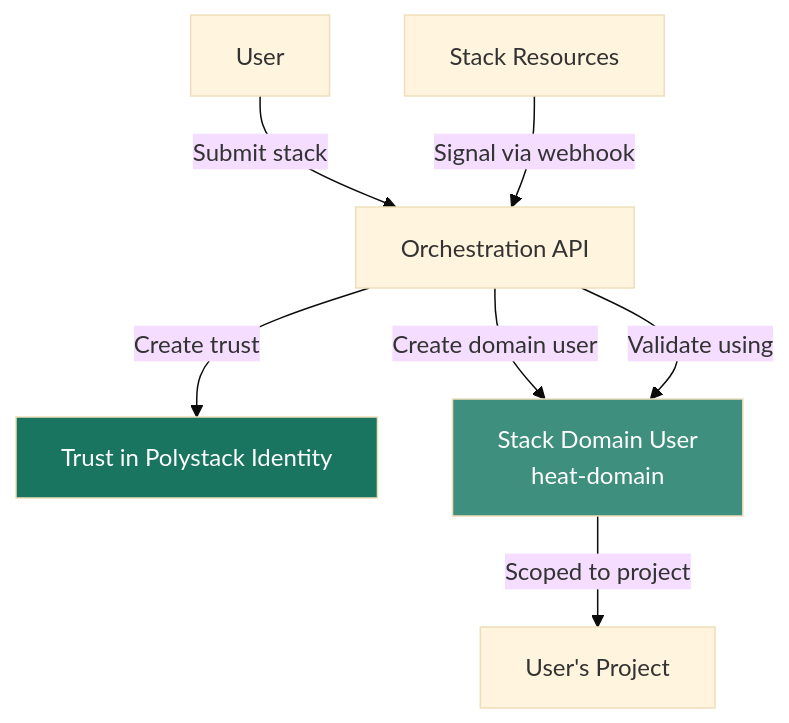
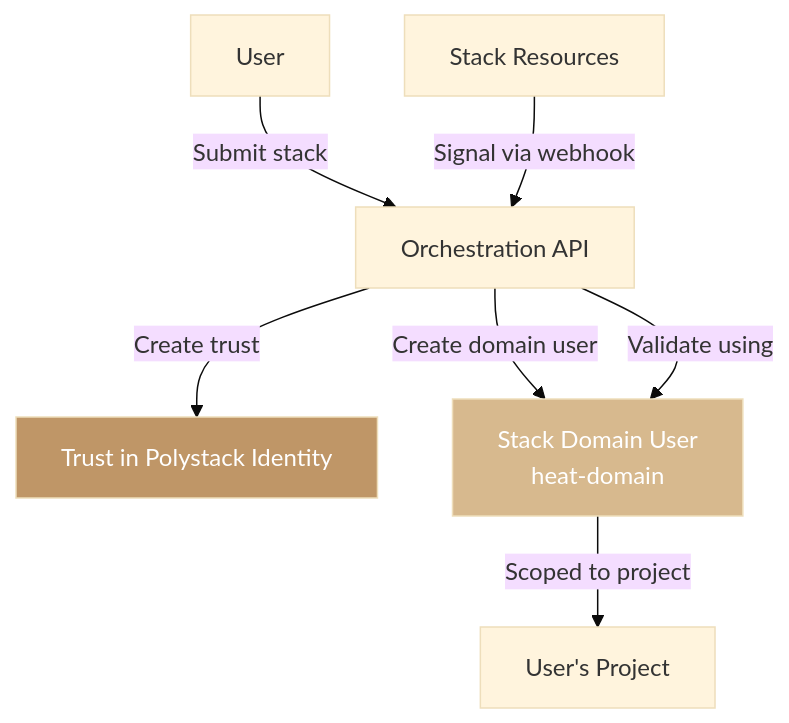
The diagram in services/orchestration/security.mdx (ankur-kumar87/docs-polystack), drawn with Mermaid (base theme) before and after one commit. The commit also changed other lines of this file and 395 other files, not shown here.

````diff
--- a/services/orchestration/security.mdx
+++ b/services/orchestration/security.mdx
@@ -30,11 +30,11 @@
 ```mermaid
 graph TD
     U[User] -->|Submit stack| API[Orchestration API]
     API -->|Create trust| TRUST[Trust in Polystack Identity]
     API -->|Create domain user| DU[Stack Domain User<br/>heat-domain]
     STACK[Stack Resources] -->|Signal via webhook| API
     API -->|Validate using| DU
     DU -->|Scoped to project| PROJECT[User's Project]
-    style TRUST fill:#197560,color:#fff
-    style DU fill:#3F8F7E,color:#fff
+    style TRUST fill:#bf9667,color:#fff
+    style DU fill:#d7b98e,color:#fff
 ```
````
